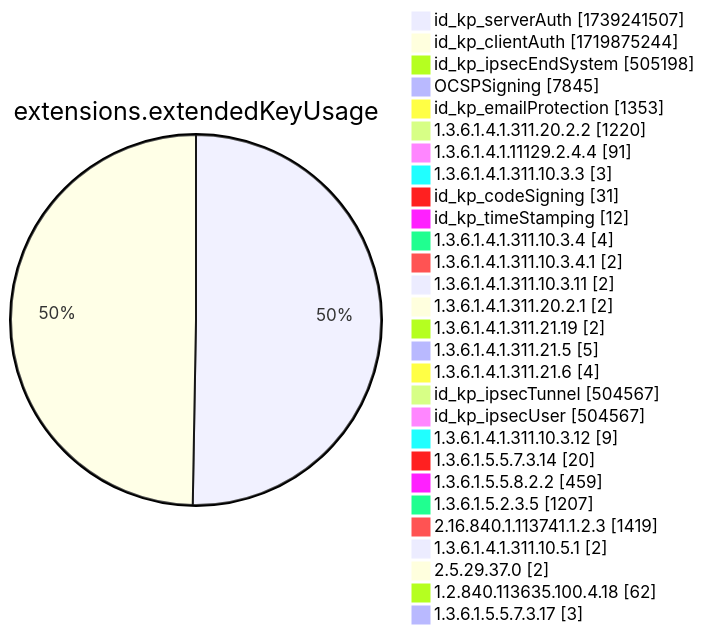
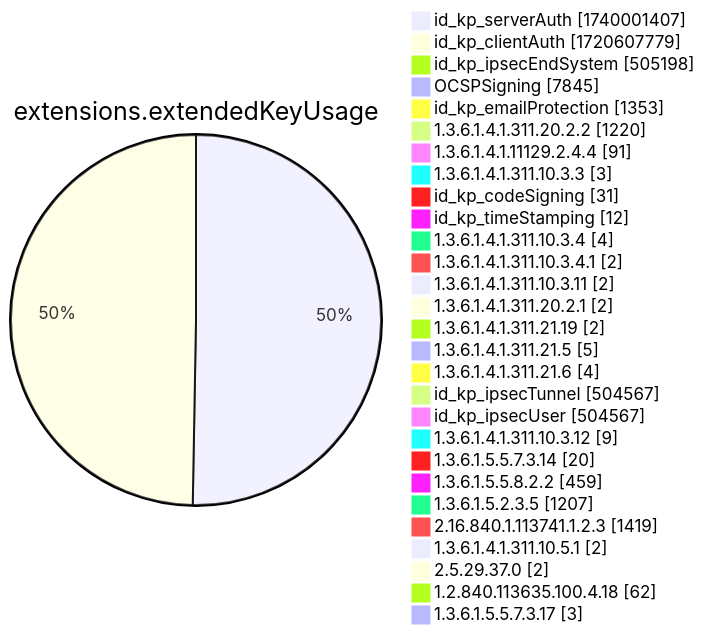
One commit to christiankrug/ctmonitor_visualization changed diagram 12 of 15 in xenon2022/README.md. Above: the diagram before and after it, drawn with Mermaid. The commit also changed other lines of this file, not shown here.

````diff
--- a/xenon2022/README.md
+++ b/xenon2022/README.md
@@ -3892,32 +3892,32 @@
 ```mermaid
 pie showData
 title extensions.extendedKeyUsage
-"id_kp_serverAuth" :1739241507
-"id_kp_clientAuth" :1719875244
+"id_kp_serverAuth" :1740001407
+"id_kp_clientAuth" :1720607779
 "id_kp_ipsecEndSystem" :505198
 "OCSPSigning" :7845
 "id_kp_emailProtection" :1353
 "1.3.6.1.4.1.311.20.2.2" :1220
 "1.3.6.1.4.1.11129.2.4.4" :91
 "1.3.6.1.4.1.311.10.3.3" :3
 "id_kp_codeSigning" :31
 "id_kp_timeStamping" :12
 "1.3.6.1.4.1.311.10.3.4" :4
 "1.3.6.1.4.1.311.10.3.4.1" :2
 "1.3.6.1.4.1.311.10.3.11" :2
 "1.3.6.1.4.1.311.20.2.1" :2
 "1.3.6.1.4.1.311.21.19" :2
 "1.3.6.1.4.1.311.21.5" :5
 "1.3.6.1.4.1.311.21.6" :4
 "id_kp_ipsecTunnel" :504567
 "id_kp_ipsecUser" :504567
 "1.3.6.1.4.1.311.10.3.12" :9
 "1.3.6.1.5.5.7.3.14" :20
 "1.3.6.1.5.5.8.2.2" :459
 "1.3.6.1.5.2.3.5" :1207
 "2.16.840.1.113741.1.2.3" :1419
 "1.3.6.1.4.1.311.10.5.1" :2
 "2.5.29.37.0" :2
 "1.2.840.113635.100.4.18" :62
 "1.3.6.1.5.5.7.3.17" :3
 ```
````
